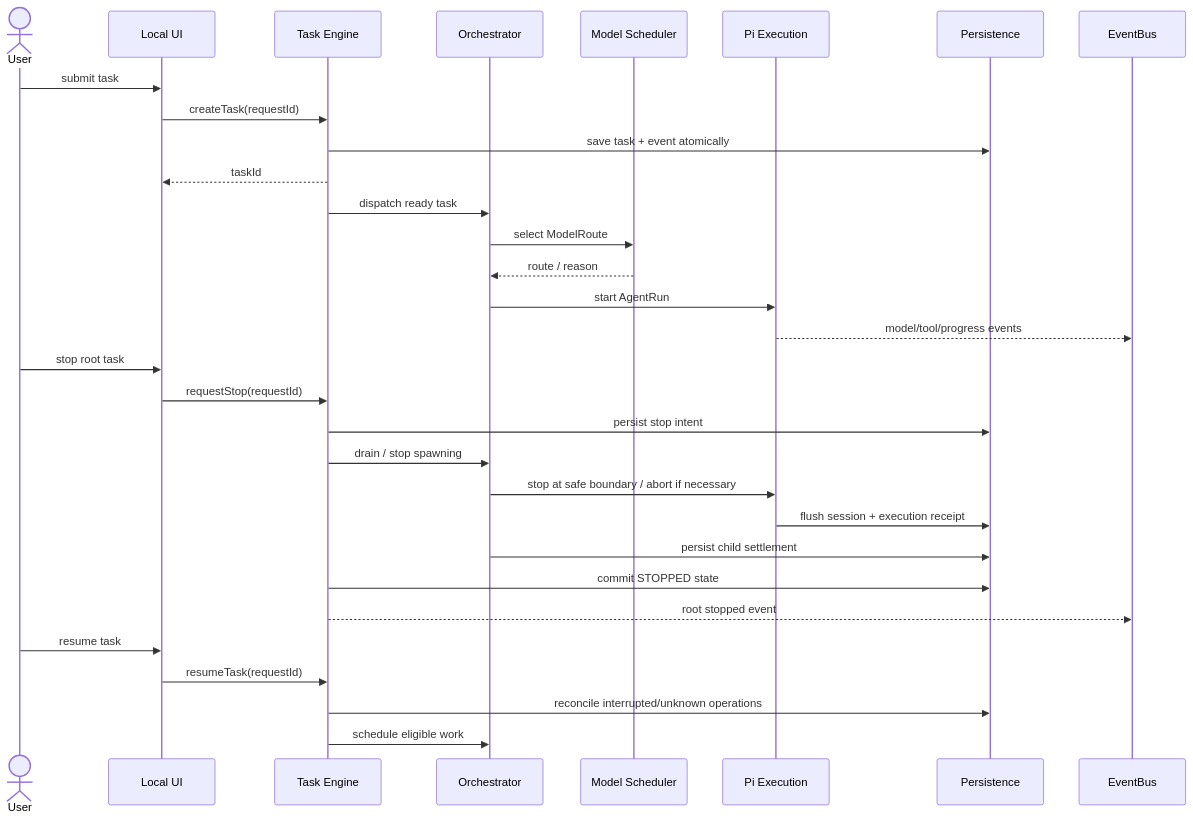
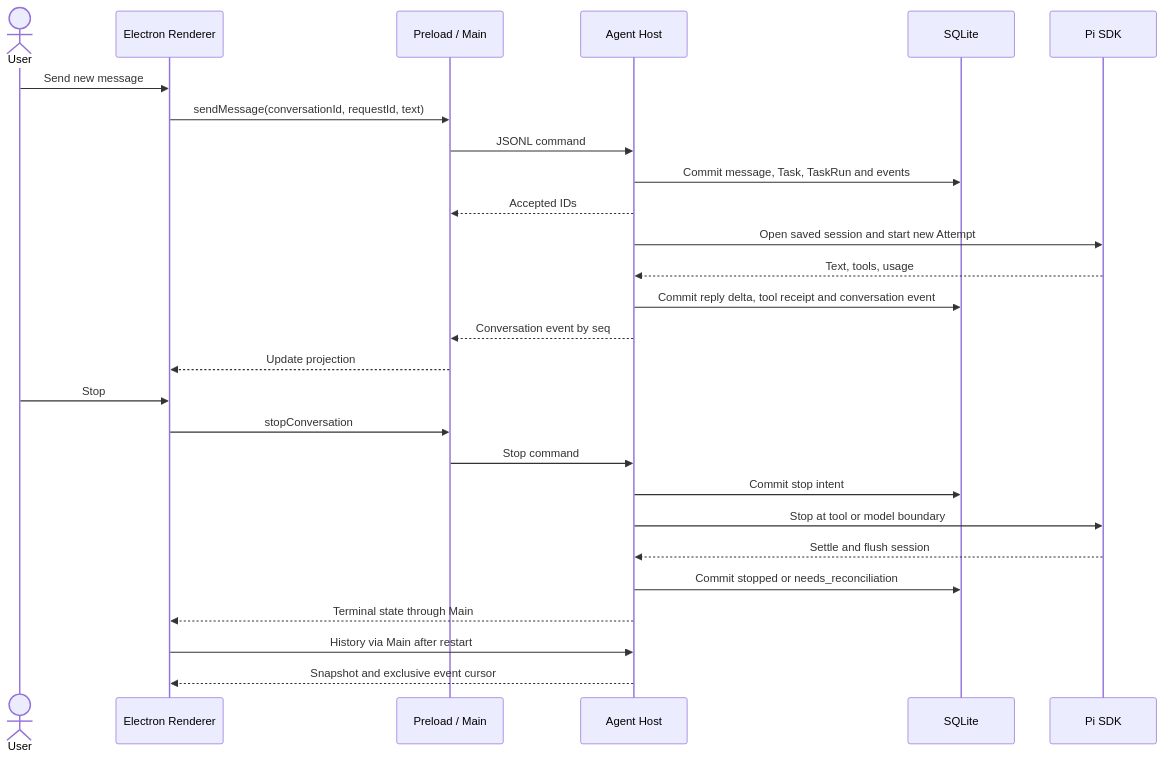
Before and after one commit to zzzzzzzlo/zlo-agent: the diagram in diagrams/runtime-sequence.mmd, drawn with Mermaid. The commit also changed 46 other files, not shown here.

Commit message:
feat: connect Electron desktop to the local Agent Host

```diff
--- a/diagrams/runtime-sequence.mmd
+++ b/diagrams/runtime-sequence.mmd
@@ -1,31 +1,27 @@
 sequenceDiagram
     actor User
-    participant UI as Local UI
-    participant TE as Task Engine
-    participant O as Orchestrator
-    participant S as Model Scheduler
-    participant EX as Pi Execution
-    participant P as Persistence
-    participant B as EventBus
-    User->>UI: submit task
-    UI->>TE: createTask(requestId)
-    TE->>P: save task + event atomically
-    TE-->>UI: taskId
-    TE->>O: dispatch ready task
-    O->>S: select ModelRoute
-    S-->>O: route / reason
-    O->>EX: start AgentRun
-    EX-->>B: model/tool/progress events
-    User->>UI: stop root task
-    UI->>TE: requestStop(requestId)
-    TE->>P: persist stop intent
-    TE->>O: drain / stop spawning
-    O->>EX: stop at safe boundary / abort if necessary
-    EX->>P: flush session + execution receipt
-    O->>P: persist child settlement
-    TE->>P: commit STOPPED state
-    TE-->>B: root stopped event
-    User->>UI: resume task
-    UI->>TE: resumeTask(requestId)
-    TE->>P: reconcile interrupted/unknown operations
-    TE->>O: schedule eligible work
+    participant UI as Electron Renderer
+    participant Main as Preload / Main
+    participant Host as Agent Host
+    participant DB as SQLite
+    participant Pi as Pi SDK
+    User->>UI: Send new message
+    UI->>Main: sendMessage(conversationId, requestId, text)
+    Main->>Host: JSONL command
+    Host->>DB: Commit message, Task, TaskRun and events
+    Host-->>Main: Accepted IDs
+    Host->>Pi: Open saved session and start new Attempt
+    Pi-->>Host: Text, tools, usage
+    Host->>DB: Commit reply delta, tool receipt and conversation event
+    Host-->>Main: Conversation event by seq
+    Main-->>UI: Update projection
+    User->>UI: Stop
+    UI->>Main: stopConversation
+    Main->>Host: Stop command
+    Host->>DB: Commit stop intent
+    Host->>Pi: Stop at tool or model boundary
+    Pi-->>Host: Settle and flush session
+    Host->>DB: Commit stopped or needs_reconciliation
+    Host-->>UI: Terminal state through Main
+    UI->>Host: History via Main after restart
+    Host-->>UI: Snapshot and exclusive event cursor
```
